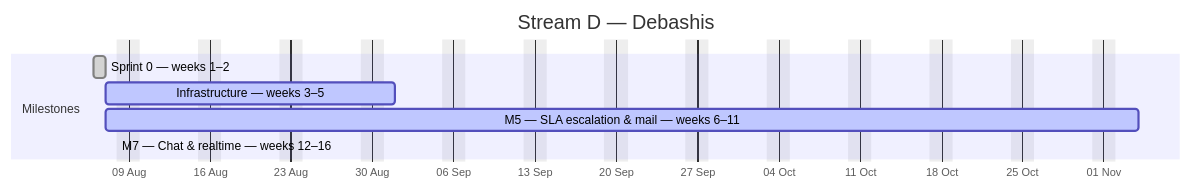
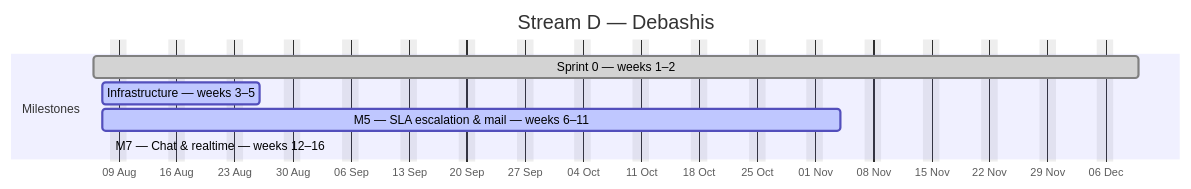
The fourth of 4 diagrams in docs/plan/GANTT.md (debashisedunext/EduTrack), drawn with Mermaid before and after one commit. The commit also changed other lines of this file and 3 other files, not shown here.

````diff
--- a/docs/plan/GANTT.md
+++ b/docs/plan/GANTT.md
@@ -170,12 +169,12 @@
 ```mermaid
 gantt
     dateFormat YYYY-MM-DD
     axisFormat %d %b
     title Stream D — Debashis
     excludes weekends
     section Milestones
-    Sprint 0 — weeks 1–2 :done, d0, 2026-08-06, 1d
-    Infrastructure — weeks 3–5 :active, d1, 2026-08-07, 17d
+    Sprint 0 — weeks 1–2 :done, d0, 2026-08-06, 90d
+    Infrastructure — weeks 3–5 :active, d1, 2026-08-07, 13d
     M5 — SLA  escalation & mail — weeks 6–11 :active, d2, 2026-08-07, 63d
     M7 — Chat & realtime — weeks 12–16 :active, d3, 2026-08-08, -14d
 ```
````
